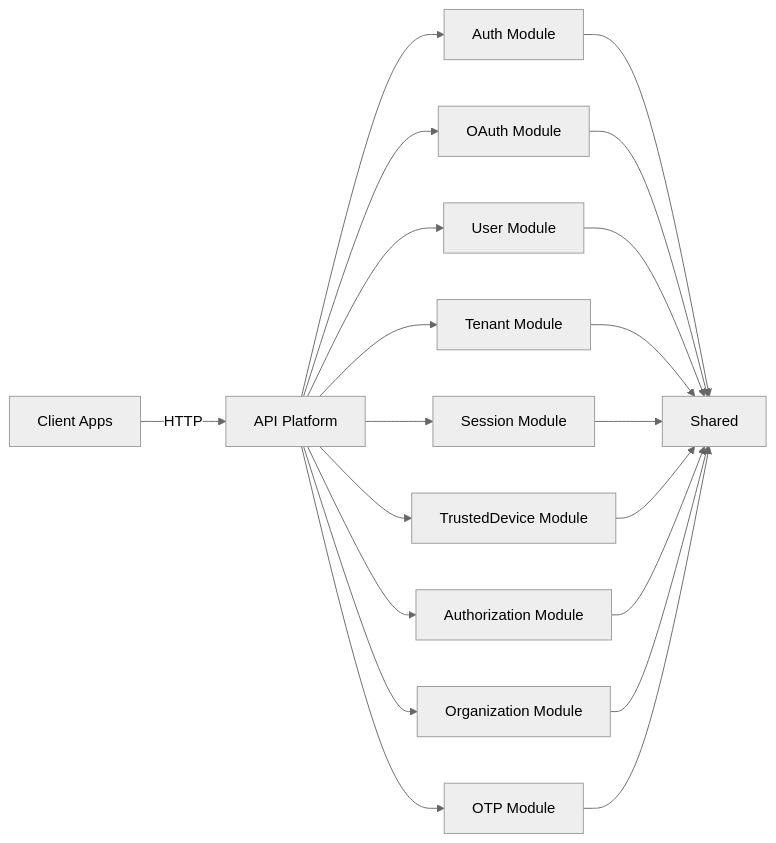
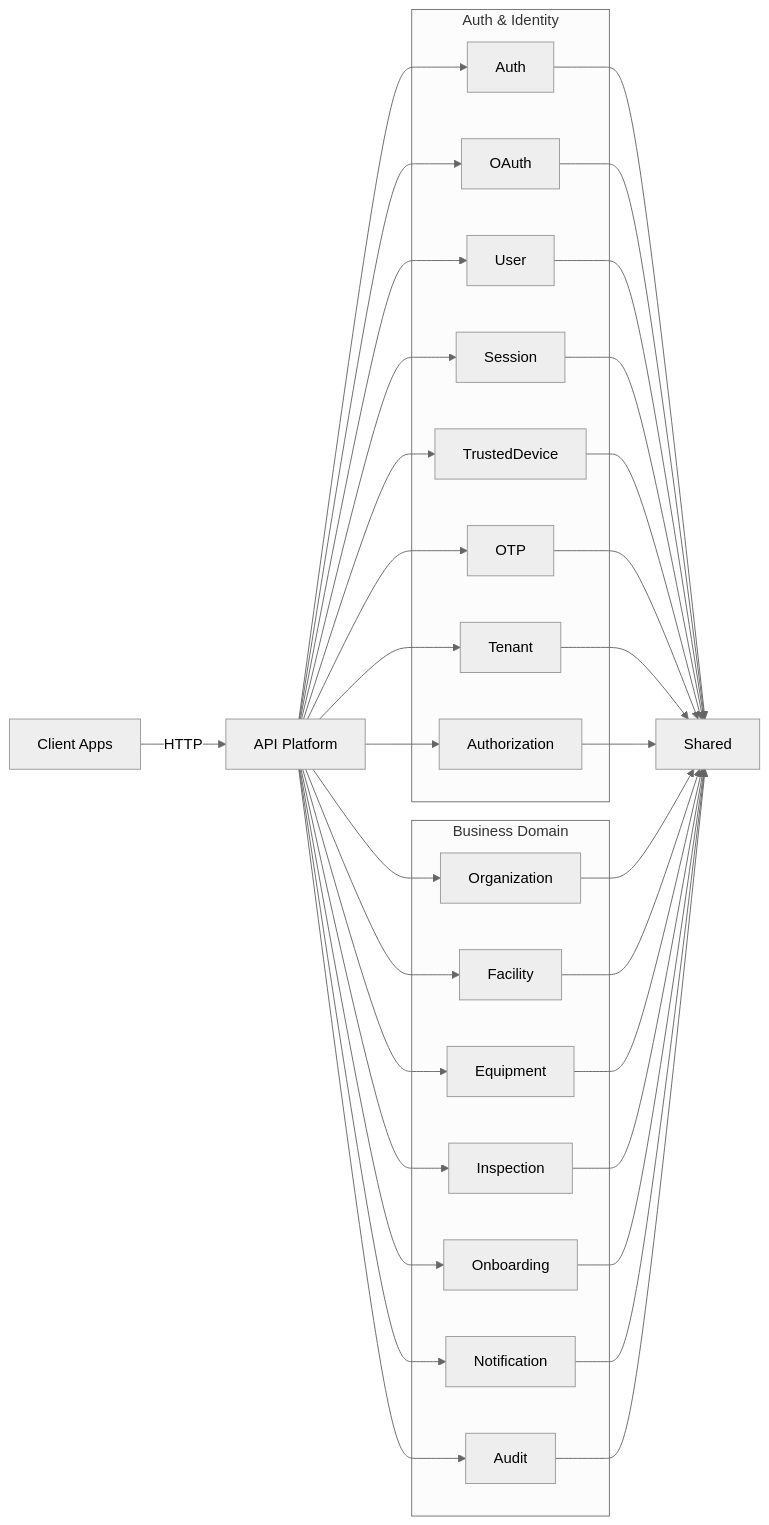
Before and after one commit to DevSkyLex/fireguard-api: the second of 2 diagrams in README.md, drawn with Mermaid (neutral theme). The commit also changed other lines of this file and 15 other files, not shown here.

````diff
--- a/README.md
+++ b/README.md
@@ -149,22 +164,57 @@
 ```mermaid
 flowchart LR
   Client[Client Apps] -->|HTTP| API[API Platform]
-  API --> Auth[Auth Module]
-  API --> OAuth[OAuth Module]
-  API --> User[User Module]
-  API --> Tenant[Tenant Module]
-  API --> Session[Session Module]
-  API --> TrustedDevice[TrustedDevice Module]
-  API --> Authorization[Authorization Module]
-  API --> Organization[Organization Module]
-  API --> Otp[OTP Module]
+
+  subgraph Auth & Identity
+    Auth[Auth]
+    OAuth[OAuth]
+    User[User]
+    Session[Session]
+    TrustedDevice[TrustedDevice]
+    Otp[OTP]
+    Tenant[Tenant]
+    Authorization[Authorization]
+  end
+
+  subgraph Business Domain
+    Organization[Organization]
+    Facility[Facility]
+    Equipment[Equipment]
+    Inspection[Inspection]
+    Onboarding[Onboarding]
+    Notification[Notification]
+    Audit[Audit]
+  end
+
+  API --> Auth
+  API --> OAuth
+  API --> User
+  API --> Session
+  API --> TrustedDevice
+  API --> Otp
+  API --> Tenant
+  API --> Authorization
+  API --> Organization
+  API --> Facility
+  API --> Equipment
+  API --> Inspection
+  API --> Onboarding
+  API --> Notification
+  API --> Audit
+
   Auth --> Shared[Shared]
   OAuth --> Shared
   User --> Shared
-  Tenant --> Shared
   Session --> Shared
   TrustedDevice --> Shared
+  Otp --> Shared
+  Tenant --> Shared
   Authorization --> Shared
   Organization --> Shared
-  Otp --> Shared
+  Facility --> Shared
+  Equipment --> Shared
+  Inspection --> Shared
+  Onboarding --> Shared
+  Notification --> Shared
+  Audit --> Shared
 ```
````
